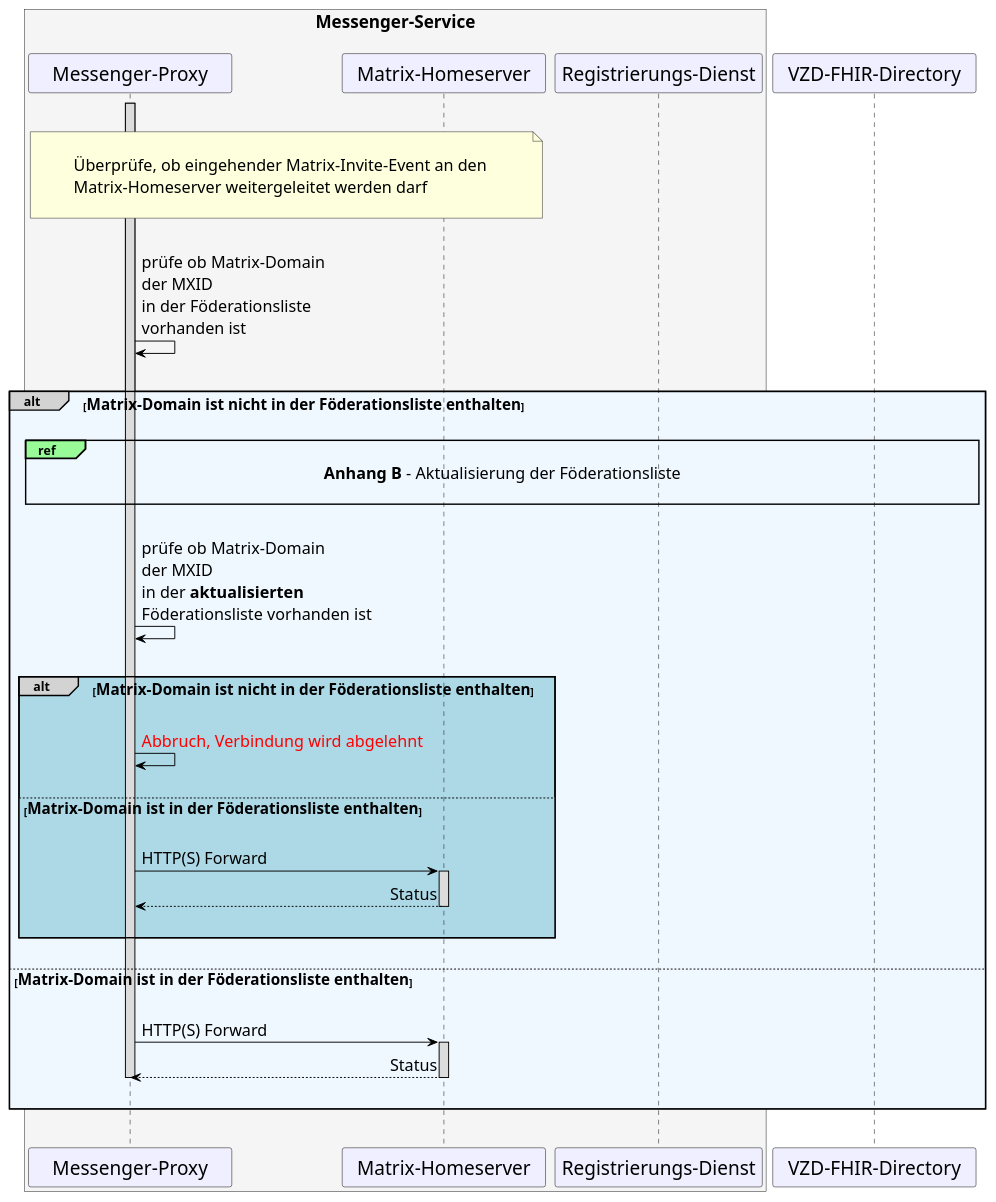
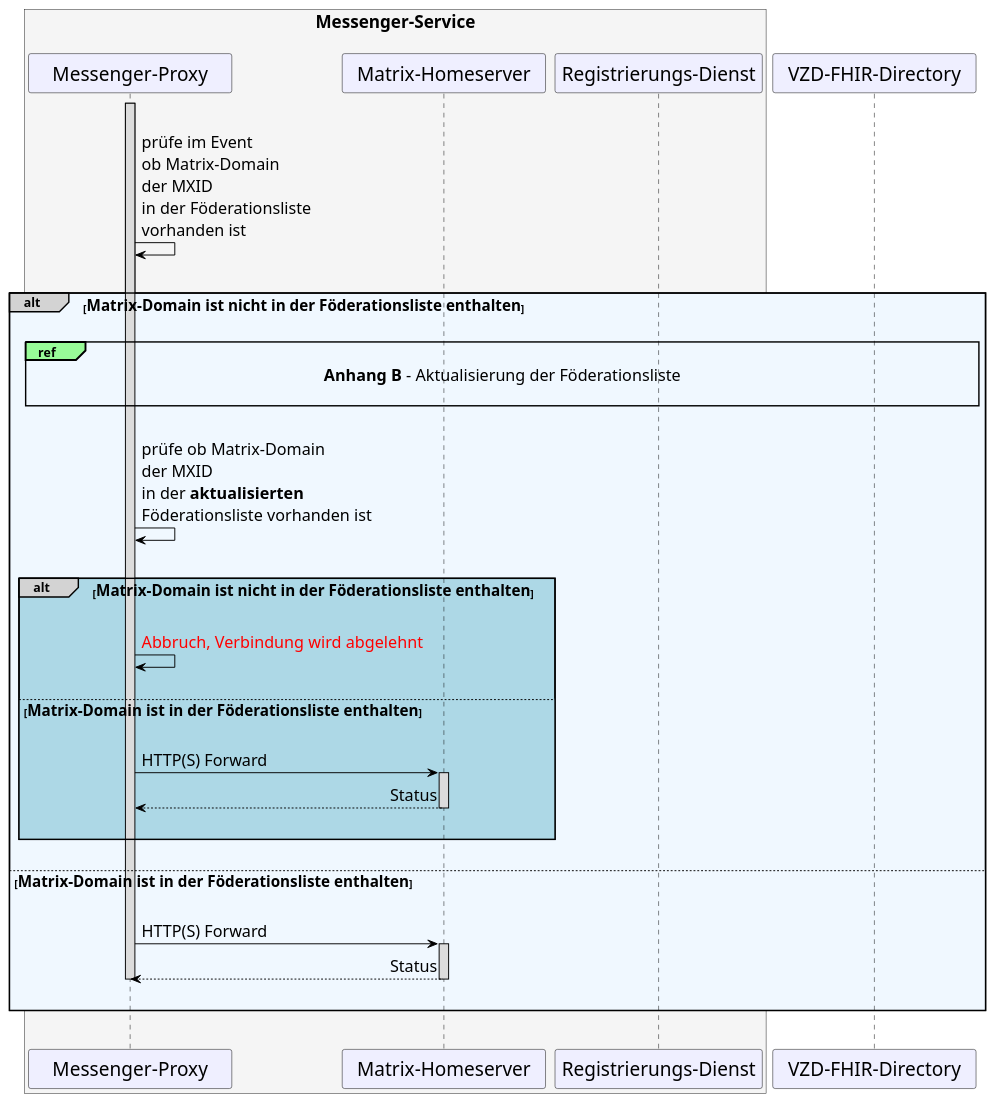
Before and after one commit to gematik/api-ti-messenger: the diagram in src/plantuml/TI-Messenger-Dienst/Ressourcen/UC_10064_Seq.puml, drawn with PlantUML.

```diff
--- a/src/plantuml/TI-Messenger-Dienst/Ressourcen/UC_10064_Seq.puml
+++ b/src/plantuml/TI-Messenger-Dienst/Ressourcen/UC_10064_Seq.puml
@@ -9,76 +9,73 @@
 @startuml
 skinparam sequenceMessageAlign direction
 skinparam minClassWidth 200
 skinparam BoxPadding 1
 skinparam sequenceReferenceHeaderBackgroundColor palegreen
 scale max 2048 width
 
 skinparam sequence {
 ArrowColor black
 ArrowFontSize 17
 ActorBorderColor black
 LifeLineBorderColor black
 LifeLineBackgroundColor Gainsboro
 
 ParticipantBorderColor Motivation
 ParticipantBackgroundColor Motivation
 ParticipantFontName Impact
 ParticipantFontSize 20
 ParticipantFontColor black
 ParticipantBorderColor Black
 ParticipantBackgroundColor MOTIVATION
 
 ActorBackgroundColor Gainsboro
 ActorFontColor black
 ActorFontSize 20
 ActorFontName Aapex
 }
     box <size:18>Messenger-Service\n#WhiteSmoke
     participant MP as "Messenger-Proxy"
     participant MH as "Matrix-Homeserver"
     participant RD as "Registrierungs-Dienst"
     end box
     participant VZD as "VZD-FHIR-Directory"
 
 |||
-note over MP, MH: \n<size:17>Überprüfe, ob eingehender Matrix-Invite-Event an den \n<size:17>Matrix-Homeserver weitergeleitet werden darf</size>\n
-|||
-
     Activate MP
-  MP->MP: prüfe ob Matrix-Domain \nder MXID \nin der Föderationsliste \nvorhanden ist
+  MP->MP: prüfe im Event\nob Matrix-Domain \nder MXID \nin der Föderationsliste \nvorhanden ist
 
 |||
 alt#LightGrey #AliceBlue <size:16>Matrix-Domain ist nicht in der Föderationsliste enthalten</size>
 |||  
 
   ref over MP, VZD: <size:17>**Anhang B** - Aktualisierung der Föderationsliste</size>\n 
   |||
   MP->MP: prüfe ob Matrix-Domain \nder MXID \nin der **aktualisierten** \nFöderationsliste vorhanden ist
   |||
 
     alt#LightGrey #LightBlue <size:16>Matrix-Domain ist nicht in der Föderationsliste enthalten</size>
       |||
       MP->MP: <font color=red>Abbruch, Verbindung wird abgelehnt</font>
       ||| 
       else <size:16>Matrix-Domain ist in der Föderationsliste enthalten</size>
       |||
          MP->MH: HTTP(S) Forward
           Activate MH
         MH-->MP: Status
           Deactivate MH
       |||
     end
 
   |||
   else <size:16>Matrix-Domain ist in der Föderationsliste enthalten</size>
     ||| 
     MP->MH: HTTP(S) Forward
       Activate MH
     MH-->MP: Status
       Deactivate MH
       Deactivate MP
     ||| 
 
 end
 |||
 @enduml
```
